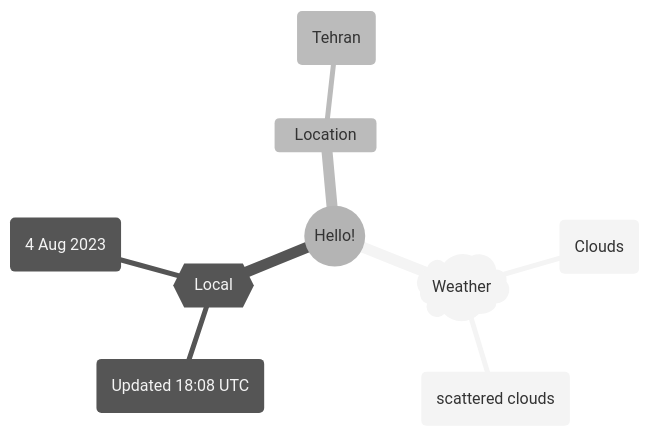
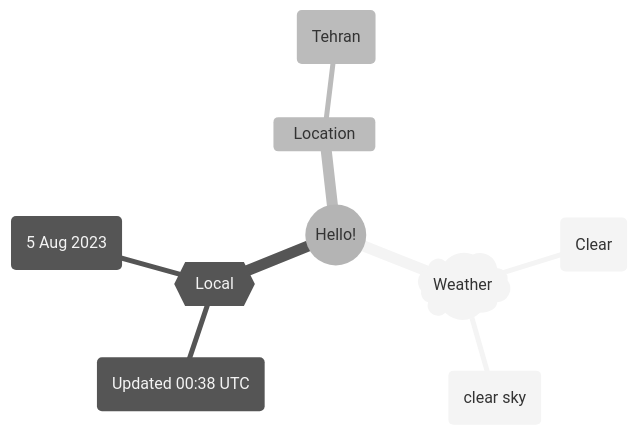
One commit to Xosrov/Xosrov changed the first of 2 diagrams in README.md. Above: the diagram before and after it, drawn with Mermaid (neutral theme).

Commit message:
[bot] updated images

````diff
--- a/README.md
+++ b/README.md
@@ -3,12 +3,12 @@
 ```mermaid
 mindmap
   root((Hello!))
     )Weather(
-        (Clouds)
-        (scattered clouds)
+        (Clear)
+        (clear sky)
     {{Local}}
-        (Updated 18:08 UTC)
-        (4 Aug 2023)
+        (Updated 00:38 UTC)
+        (5 Aug 2023)
     Location
         (Tehran)
 ```
````
